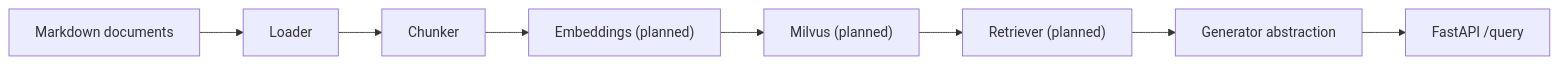
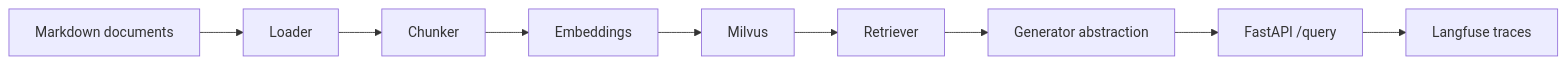
The diagram in README.md (Ichraknaceur/Entreprise-assistant), drawn with Mermaid before and after one commit. The commit also changed other lines of this file and 19 other files, not shown here.

````diff
--- a/README.md
+++ b/README.md
@@ -56,10 +58,11 @@
 ```mermaid
 flowchart LR
     A["Markdown documents"] --> B["Loader"]
     B --> C["Chunker"]
-    C --> D["Embeddings (planned)"]
-    D --> E["Milvus (planned)"]
-    E --> F["Retriever (planned)"]
+    C --> D["Embeddings"]
+    D --> E["Milvus"]
+    E --> F["Retriever"]
     F --> G["Generator abstraction"]
     G --> H["FastAPI /query"]
+    H --> I["Langfuse traces"]
 ```
````
